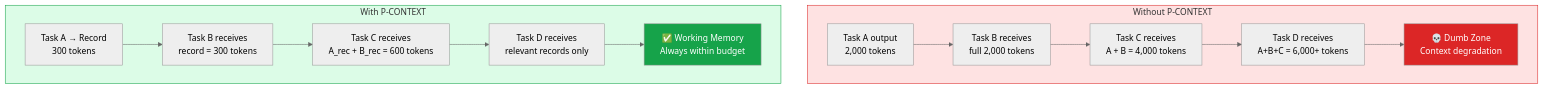
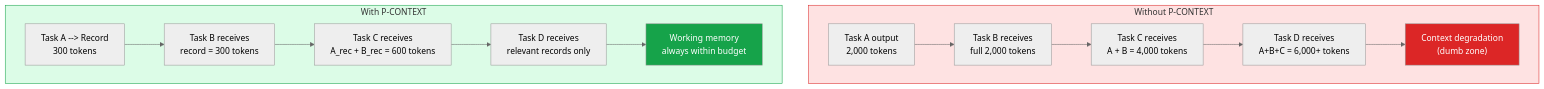
One commit to supernovae-st/nika changed the fifth of 10 diagrams in docs/vision/05-evolution-roadmap.md. Above: the diagram before and after it, drawn with Mermaid (neutral theme). The commit also changed other lines of this file and 5 other files, not shown here.

````diff
--- a/docs/vision/05-evolution-roadmap.md
+++ b/docs/vision/05-evolution-roadmap.md
@@ -584,21 +544,21 @@
 ```mermaid
 flowchart TB
     subgraph BEFORE["Without P-CONTEXT"]
         B1["Task A output\n2,000 tokens"] --> B2["Task B receives\nfull 2,000 tokens"]
         B2 --> B3["Task C receives\nA + B = 4,000 tokens"]
         B3 --> B4["Task D receives\nA+B+C = 6,000+ tokens"]
-        B4 --> B5["💀 Dumb Zone\nContext degradation"]
+        B4 --> B5["Context degradation\n(dumb zone)"]
     end
 
     subgraph AFTER["With P-CONTEXT"]
-        A1["Task A → Record\n300 tokens"] --> A2["Task B receives\nrecord = 300 tokens"]
+        A1["Task A --> Record\n300 tokens"] --> A2["Task B receives\nrecord = 300 tokens"]
         A2 --> A3["Task C receives\nA_rec + B_rec = 600 tokens"]
         A3 --> A4["Task D receives\nrelevant records only"]
-        A4 --> A5["✅ Working Memory\nAlways within budget"]
+        A4 --> A5["Working memory\nalways within budget"]
     end
 
     style BEFORE fill:#fee2e2,stroke:#dc2626
     style AFTER fill:#dcfce7,stroke:#16a34a
     style B5 fill:#dc2626,color:#fff
     style A5 fill:#16a34a,color:#fff
 ```
````
